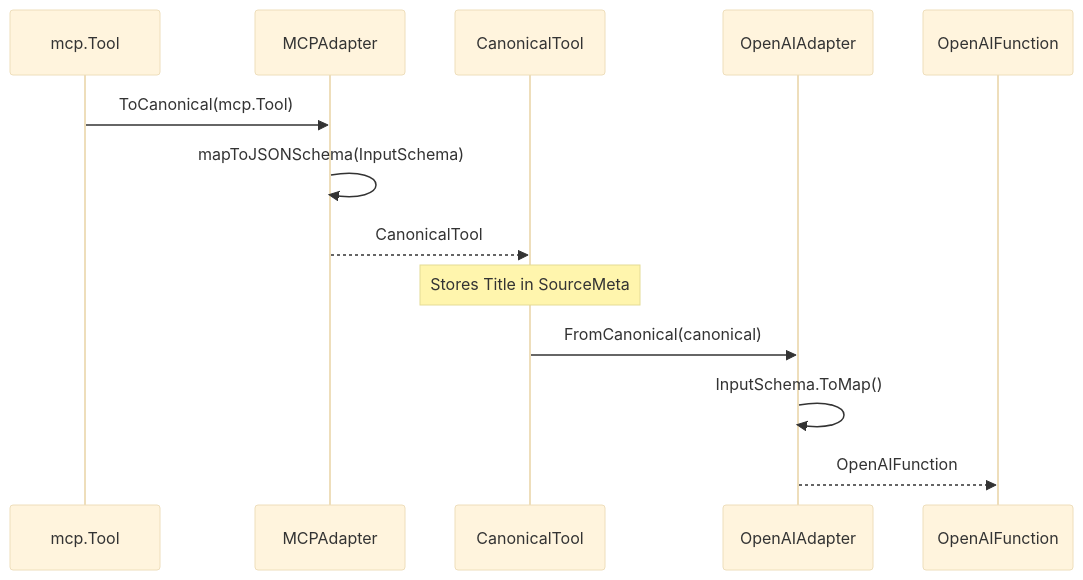
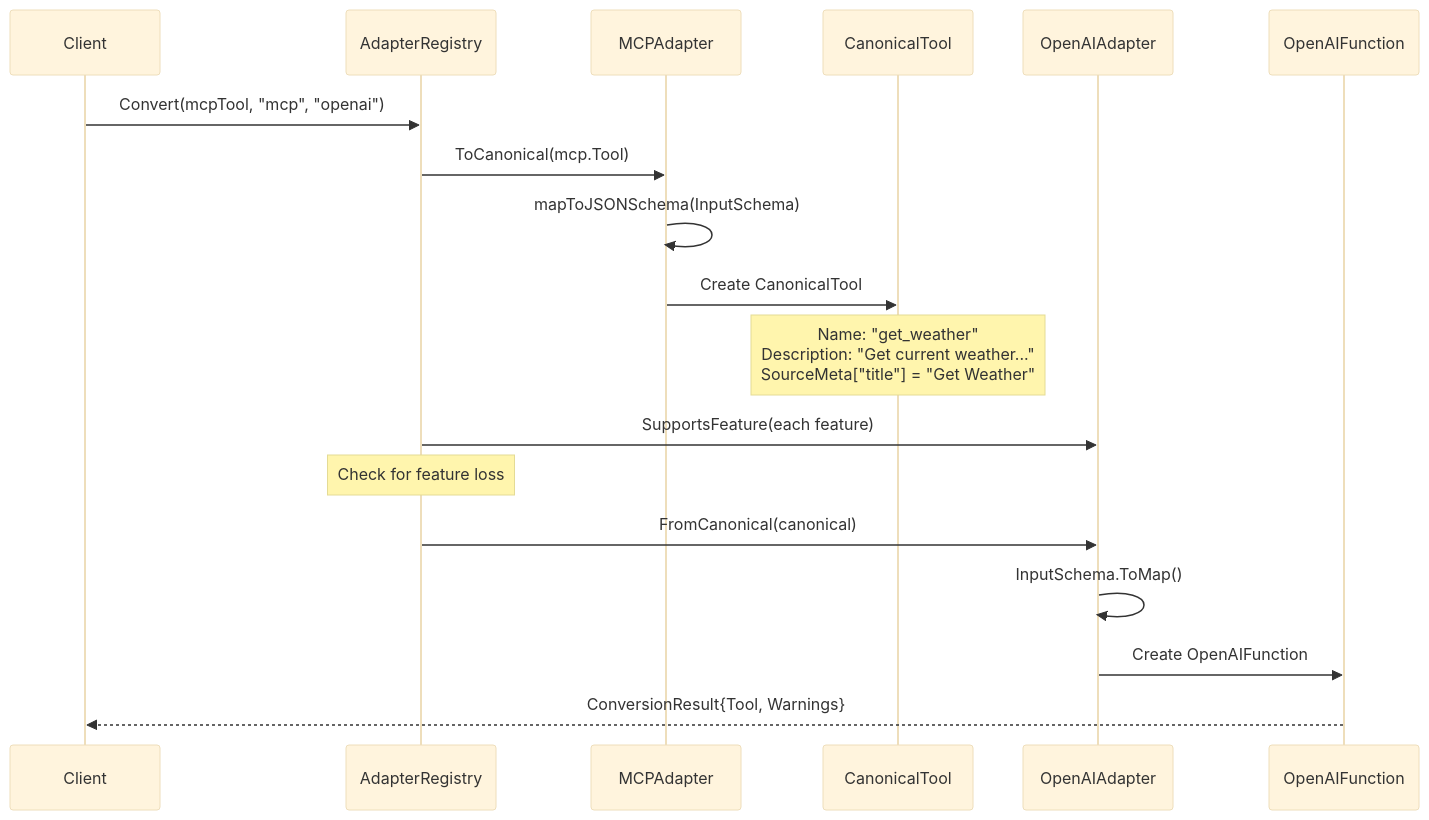
Before and after one commit to jonwraymond/tooladapter: the diagram in docs/user-journey.md, drawn with Mermaid (base theme). The commit also changed other lines of this file and 2 other files, not shown here.

First line of the commit message:
docs(tooladapter): enhance documentation with detailed examples and diagrams

````diff
--- a/docs/user-journey.md
+++ b/docs/user-journey.md
@@ -55,16 +65,21 @@
 ```mermaid
 sequenceDiagram
-    participant MCP as mcp.Tool
-    participant MA as MCPAdapter
-    participant CT as CanonicalTool
-    participant OA as OpenAIAdapter
-    participant OAI as OpenAIFunction
+    participant Client
+    participant Registry as AdapterRegistry
+    participant MCP as MCPAdapter
+    participant Canon as CanonicalTool
+    participant OpenAI as OpenAIAdapter
+    participant Result as OpenAIFunction
 
-    MCP->>MA: ToCanonical(mcp.Tool)
-    MA->>MA: mapToJSONSchema(InputSchema)
-    MA-->>CT: CanonicalTool
-    Note over CT: Stores Title in SourceMeta
-    CT->>OA: FromCanonical(canonical)
-    OA->>OA: InputSchema.ToMap()
-    OA-->>OAI: OpenAIFunction
+    Client->>Registry: Convert(mcpTool, "mcp", "openai")
+    Registry->>MCP: ToCanonical(mcp.Tool)
+    MCP->>MCP: mapToJSONSchema(InputSchema)
+    MCP->>Canon: Create CanonicalTool
+    Note over Canon: Name: "get_weather"<br/>Description: "Get current weather..."<br/>SourceMeta["title"] = "Get Weather"
+    Registry->>OpenAI: SupportsFeature(each feature)
+    Note over Registry: Check for feature loss
+    Registry->>OpenAI: FromCanonical(canonical)
+    OpenAI->>OpenAI: InputSchema.ToMap()
+    OpenAI->>Result: Create OpenAIFunction
+    Result-->>Client: ConversionResult{Tool, Warnings}
 ```
````
